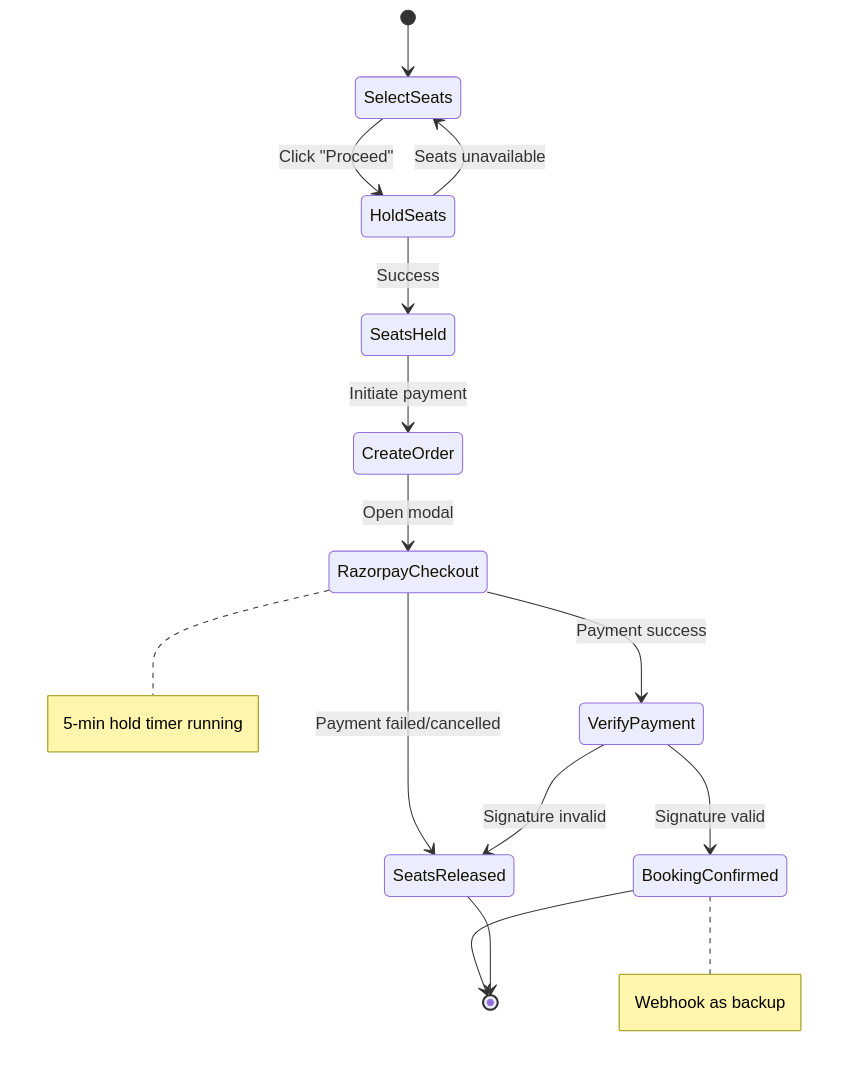
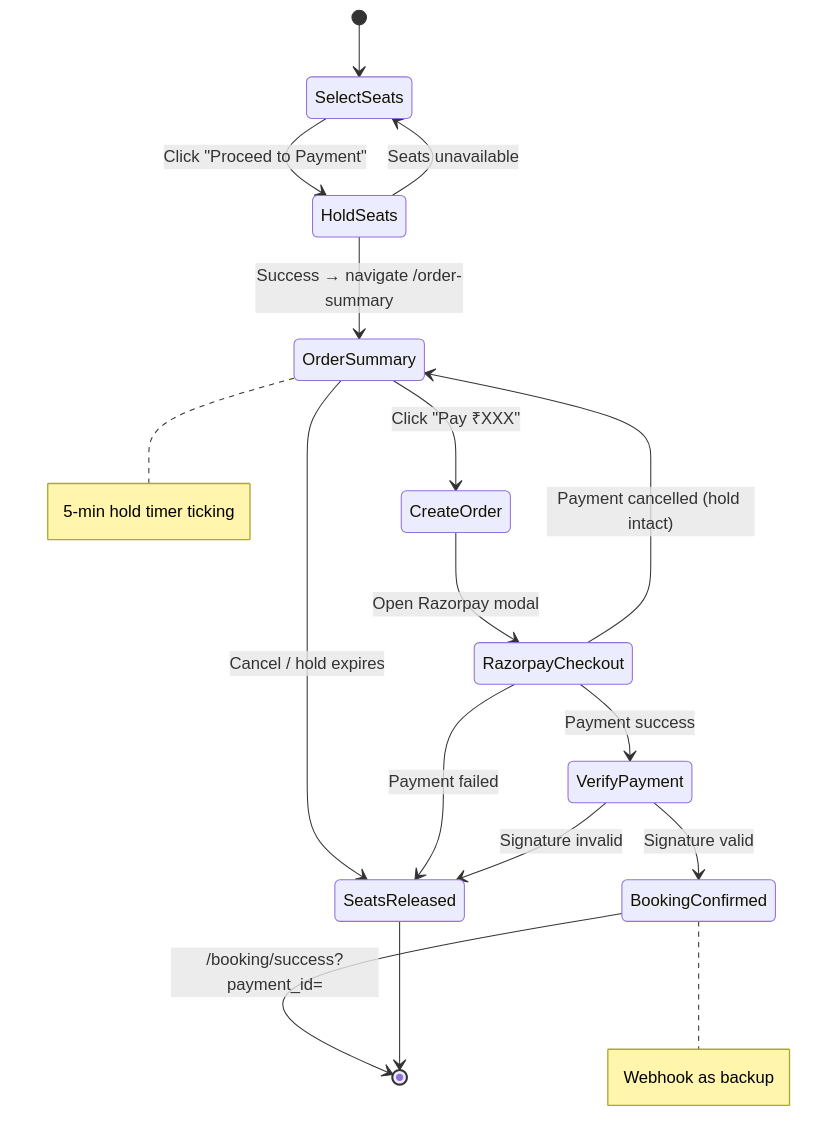
One commit to hduraimurugan/cinema-app-docs changed the fifth of 6 diagrams in payment and booking implementation.md. Above: the diagram before and after it, drawn with Mermaid. The commit also changed other lines of this file and 2 other files, not shown here.

Commit message:
update: redesign SeatSelectionPage and add OrderSummaryPage with payment integration and countdown timer

````diff
--- a/payment and booking implementation.md
+++ b/payment and booking implementation.md
@@ -1209,23 +1209,26 @@
 ```mermaid
 stateDiagram-v2
     [*] --> SelectSeats
-    SelectSeats --> HoldSeats: Click "Proceed"
+    SelectSeats --> HoldSeats: Click "Proceed to Payment"
 
-    HoldSeats --> SeatsHeld: Success
+    HoldSeats --> OrderSummary: Success → navigate /order-summary
     HoldSeats --> SelectSeats: Seats unavailable
 
-    SeatsHeld --> CreateOrder: Initiate payment
-    CreateOrder --> RazorpayCheckout: Open modal
+    OrderSummary --> CreateOrder: Click "Pay ₹XXX"
+    OrderSummary --> SeatsReleased: Cancel / hold expires
+
+    CreateOrder --> RazorpayCheckout: Open Razorpay modal
 
     RazorpayCheckout --> VerifyPayment: Payment success
-    RazorpayCheckout --> SeatsReleased: Payment failed/cancelled
+    RazorpayCheckout --> OrderSummary: Payment cancelled (hold intact)
+    RazorpayCheckout --> SeatsReleased: Payment failed
 
     VerifyPayment --> BookingConfirmed: Signature valid
     VerifyPayment --> SeatsReleased: Signature invalid
 
-    BookingConfirmed --> [*]
+    BookingConfirmed --> [*]: /booking/success?payment_id=
     SeatsReleased --> [*]
 
-    note right of RazorpayCheckout: 5-min hold timer running
+    note right of OrderSummary: 5-min hold timer ticking
     note right of BookingConfirmed: Webhook as backup
 ```
````
